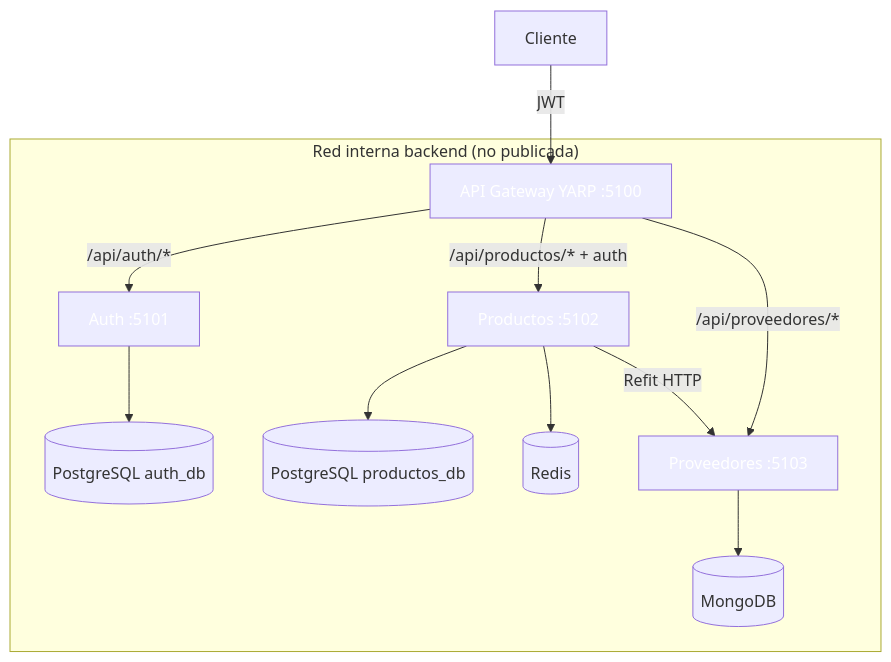
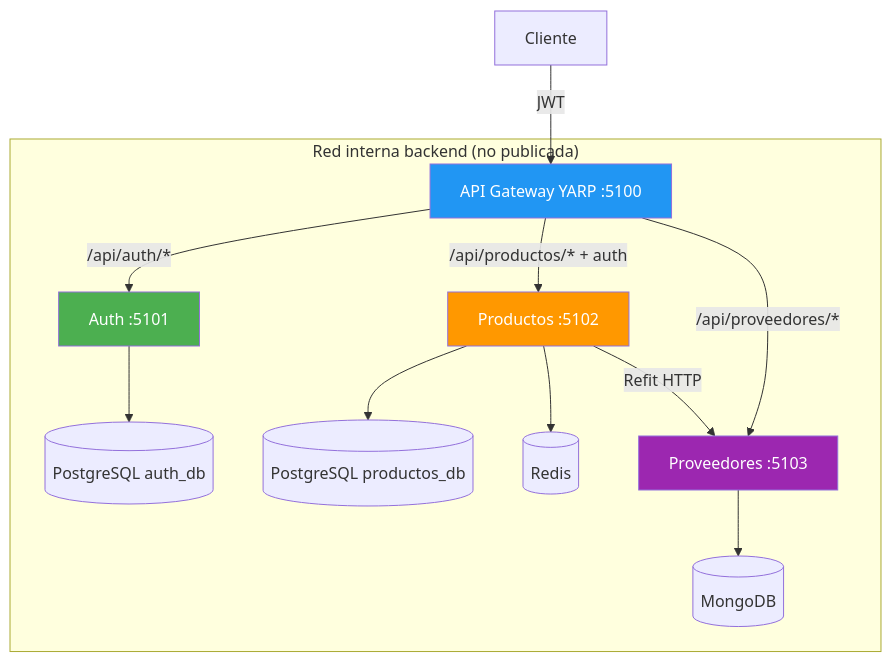
The diagram in soluciones/24-ApiGateway/README.md (joseluisgs/DesarrolloWebEntornosServidor-02-2026-2027), drawn with Mermaid before and after one commit. The commit also changed other lines of this file, not shown here.

````diff
--- a/soluciones/24-ApiGateway/README.md
+++ b/soluciones/24-ApiGateway/README.md
@@ -25,19 +51,19 @@
 ```mermaid
 flowchart TD
     C[Cliente] -->|JWT| G[API Gateway YARP :5100]
     subgraph RED["Red interna backend (no publicada)"]
         G -->|/api/auth/*| A[Auth :5101]
         G -->|/api/productos/* + auth| P[Productos :5102]
         G -->|/api/proveedores/*| V[Proveedores :5103]
         A --> PG[(PostgreSQL auth_db)]
         P --> PG2[(PostgreSQL productos_db)]
         P --> R[(Redis)]
         P -->|Refit HTTP| V
         V --> M[(MongoDB)]
     end
 
-    style G fill:#2196F,color:#fff3,color:#fff
-    style A fill:#4CAF5,color:#fff0,color:#fff
-    style P fill:#FF980,color:#fff0,color:#fff
-    style V fill:#9C27B,color:#fff0,color:#fff
+    style G fill:#2196F3,color:#fff
+    style A fill:#4CAF50,color:#fff
+    style P fill:#FF9800,color:#fff
+    style V fill:#9C27B0,color:#fff
 ```
````
